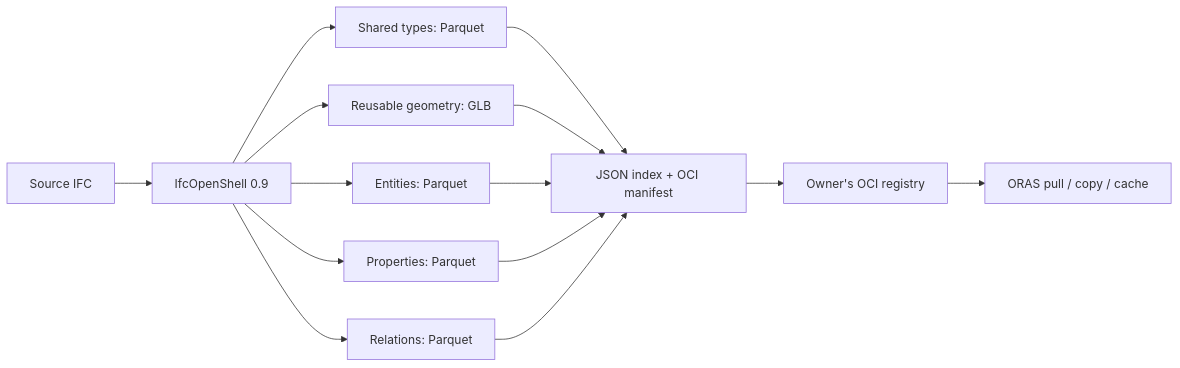
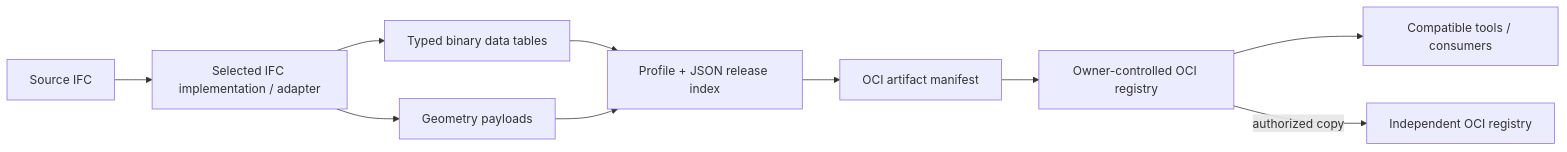
The diagram in README.md (zahmadsaleem/ifcx-oci), drawn with Mermaid before and after one commit. The commit also changed other lines of this file and 27 other files, not shown here.

Commit message:
Add Rust IFC artifact client and authenticated OCI registry

````diff
--- a/README.md
+++ b/README.md
@@ -90,16 +39,12 @@
 ```mermaid
 flowchart LR
-    IFC[Source IFC] --> Extract[IfcOpenShell 0.9]
-    Extract --> Types[Shared types: Parquet]
-    Extract --> Geometry[Reusable geometry: GLB]
-    Extract --> Entities[Entities: Parquet]
-    Extract --> Properties[Properties: Parquet]
-    Extract --> Relations[Relations: Parquet]
-    Types --> Release[JSON index + OCI manifest]
+    Source[Source IFC] --> Adapter[Selected IFC implementation / adapter]
+    Adapter --> Data[Typed binary data tables]
+    Adapter --> Geometry[Geometry payloads]
+    Data --> Release[Profile + JSON release index]
     Geometry --> Release
-    Entities --> Release
-    Properties --> Release
-    Relations --> Release
-    Release --> Registry[Owner's OCI registry]
-    Registry --> ORAS[ORAS pull / copy / cache]
+    Release --> Package[OCI artifact manifest]
+    Package --> Registry[Owner-controlled OCI registry]
+    Registry --> Consumers[Compatible tools / consumers]
+    Registry -->|authorized copy| Other[Independent OCI registry]
 ```
````
